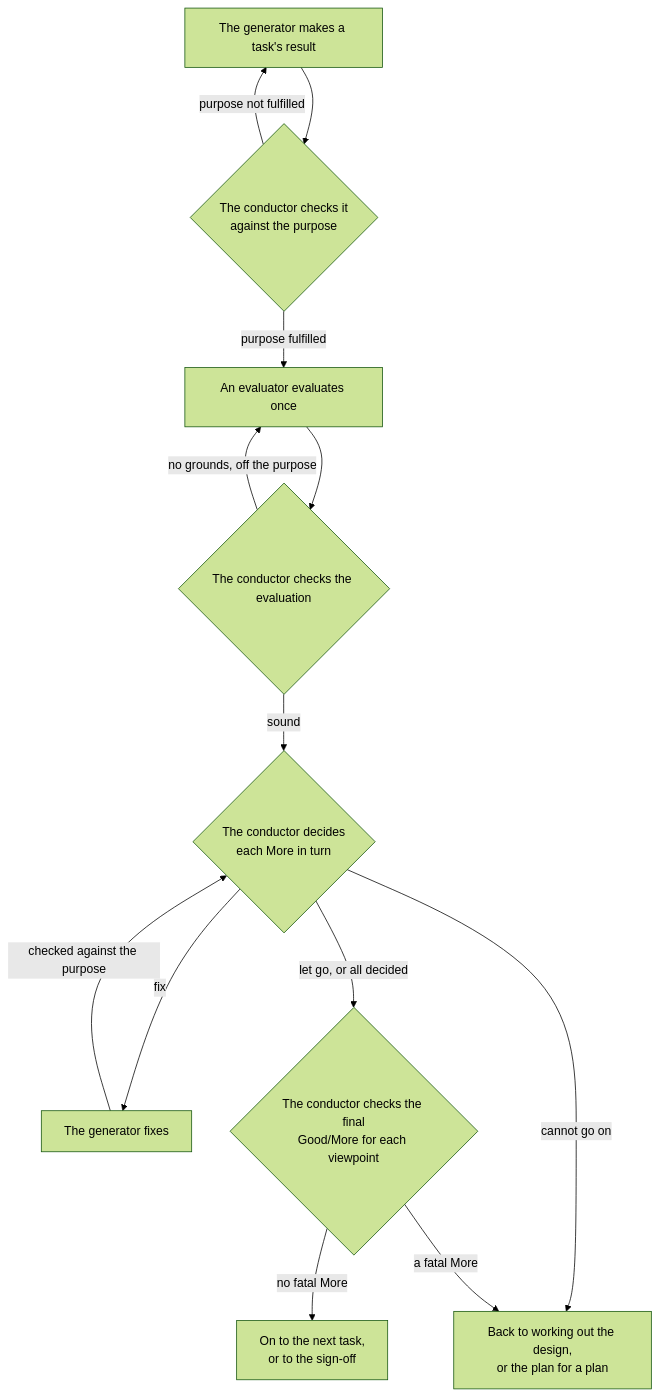
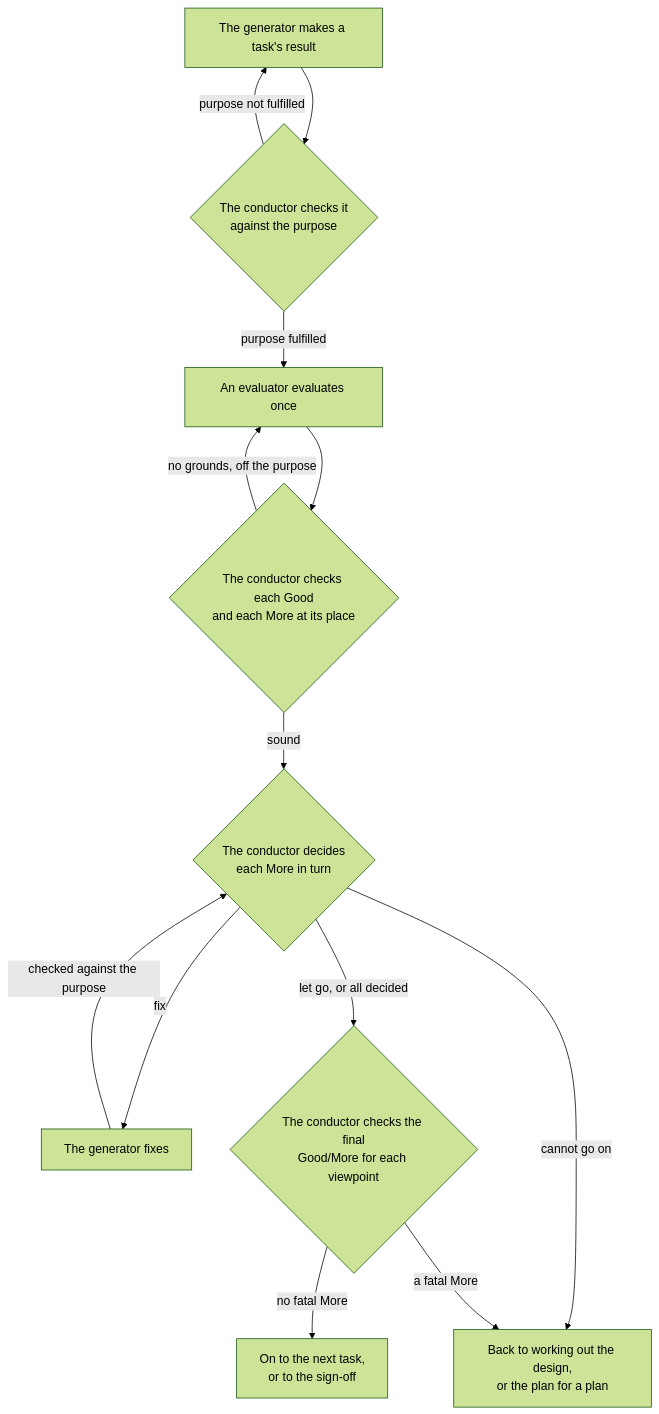
One commit to lovaizu/ccpm changed the third of 4 diagrams in rn/docs/design.md. Above: the diagram before and after it, drawn with Mermaid (forest theme). The commit also changed other lines of this file, not shown here.

Commit message:
docs(rn): every Good is checked at its place as strictly as every More, so the user can trust a Good without reading that part; a planted false Good is a pass scene; diagrams no longer restated by prose, and the inside-session and sign-off diagrams dropped for what the README and prose already give

````diff
--- a/rn/docs/design.md
+++ b/rn/docs/design.md
@@ -192,24 +155,24 @@
 ```mermaid
 flowchart TD
     M["The generator makes a task's result"]
     K{"The conductor checks it<br/>against the purpose"}
     V["An evaluator evaluates once"]
-    KE{"The conductor checks the evaluation"}
+    KE{"The conductor checks each Good<br/>and each More at its place"}
     D{"The conductor decides<br/>each More in turn"}
     F["The generator fixes"]
     J{"The conductor checks the final<br/>Good/More for each viewpoint"}
     N["On to the next task,<br/>or to the sign-off"]
     U["Back to working out the design,<br/>or the plan for a plan"]
     M --> K
     K -->|"purpose not fulfilled"| M
     K -->|"purpose fulfilled"| V
     V --> KE
     KE -->|"no grounds, off the purpose"| V
     KE -->|"sound"| D
     D -->|"fix"| F
     F -->|"checked against the purpose"| D
     D -->|"let go, or all decided"| J
     D -->|"cannot go on"| U
     J -->|"no fatal More"| N
     J -->|"a fatal More"| U
 ```
````
